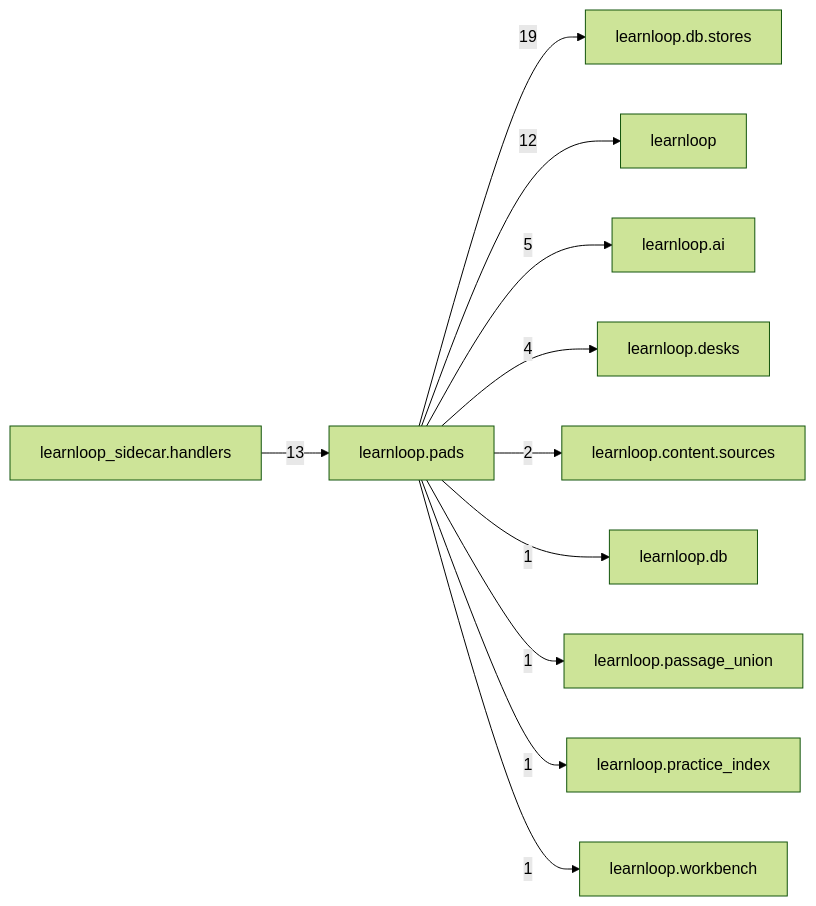
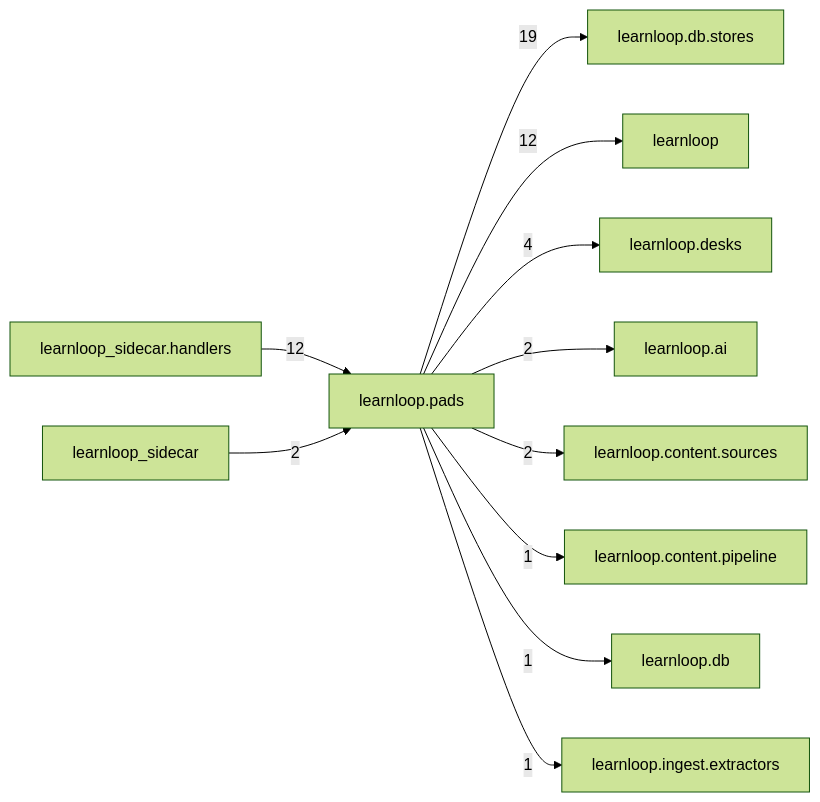
One commit to 6up-b/learnanything changed the diagram in docs/learnloop-architecture-vault/Reference/Modules/learnloop/pads/_package.md. Above: the diagram before and after it, drawn with Mermaid (forest theme). The commit also changed other lines of this file and 188 other files, not shown here.

````diff
--- a/docs/learnloop-architecture-vault/Reference/Modules/learnloop/pads/_package.md
+++ b/docs/learnloop-architecture-vault/Reference/Modules/learnloop/pads/_package.md
@@ -92,24 +92,24 @@
 ```mermaid
 flowchart LR
     center["learnloop.pads"]
     n_learnloop_db_stores["learnloop.db.stores"]
+    n_learnloop["learnloop"]
     n_learnloop_sidecar_handlers["learnloop_sidecar.handlers"]
-    n_learnloop["learnloop"]
+    n_learnloop_desks["learnloop.desks"]
     n_learnloop_ai["learnloop.ai"]
-    n_learnloop_desks["learnloop.desks"]
     n_learnloop_content_sources["learnloop.content.sources"]
+    n_learnloop_sidecar["learnloop_sidecar"]
+    n_learnloop_content_pipeline["learnloop.content.pipeline"]
     n_learnloop_db["learnloop.db"]
-    n_learnloop_passage_union["learnloop.passage_union"]
-    n_learnloop_practice_index["learnloop.practice_index"]
-    n_learnloop_workbench["learnloop.workbench"]
+    n_learnloop_ingest_extractors["learnloop.ingest.extractors"]
     center -->|19| n_learnloop_db_stores
-    n_learnloop_sidecar_handlers -->|13| center
     center -->|12| n_learnloop
-    center -->|5| n_learnloop_ai
+    n_learnloop_sidecar_handlers -->|12| center
     center -->|4| n_learnloop_desks
+    center -->|2| n_learnloop_ai
     center -->|2| n_learnloop_content_sources
+    n_learnloop_sidecar -->|2| center
+    center -->|1| n_learnloop_content_pipeline
     center -->|1| n_learnloop_db
-    center -->|1| n_learnloop_passage_union
-    center -->|1| n_learnloop_practice_index
-    center -->|1| n_learnloop_workbench
+    center -->|1| n_learnloop_ingest_extractors
 ```
````
